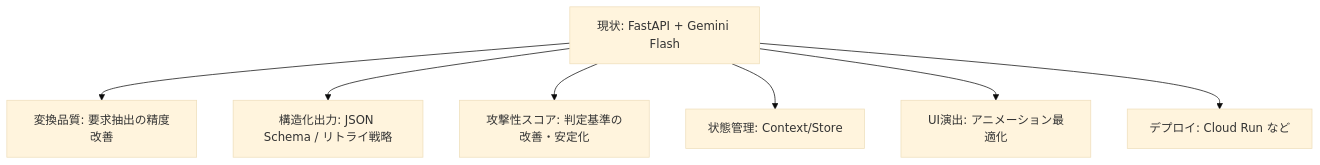
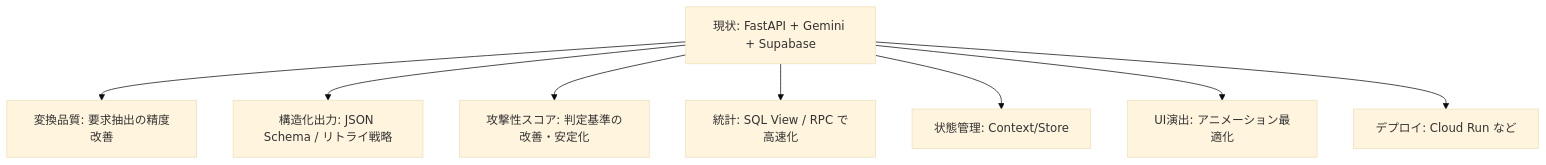
Before and after one commit to Uzy03/Hackathon_2026-3-7: the fourth of 4 diagrams in _docs/実装状況.md, drawn with Mermaid (base theme). The commit also changed other lines of this file, not shown here.

````diff
--- a/_docs/実装状況.md
+++ b/_docs/実装状況.md
@@ -206,9 +247,10 @@
 ```mermaid
 flowchart TD
-  A[現状: FastAPI + Gemini Flash] --> B[変換品質: 要求抽出の精度改善]
+  A[現状: FastAPI + Gemini + Supabase] --> B[変換品質: 要求抽出の精度改善]
   A --> C[構造化出力: JSON Schema / リトライ戦略]
   A --> D[攻撃性スコア: 判定基準の改善・安定化]
-  A --> E[状態管理: Context/Store]
-  A --> F[UI演出: アニメーション最適化]
-  A --> G[デプロイ: Cloud Run など]
+  A --> E[統計: SQL View / RPC で高速化]
+  A --> F[状態管理: Context/Store]
+  A --> G[UI演出: アニメーション最適化]
+  A --> H[デプロイ: Cloud Run など]
 ```
````
